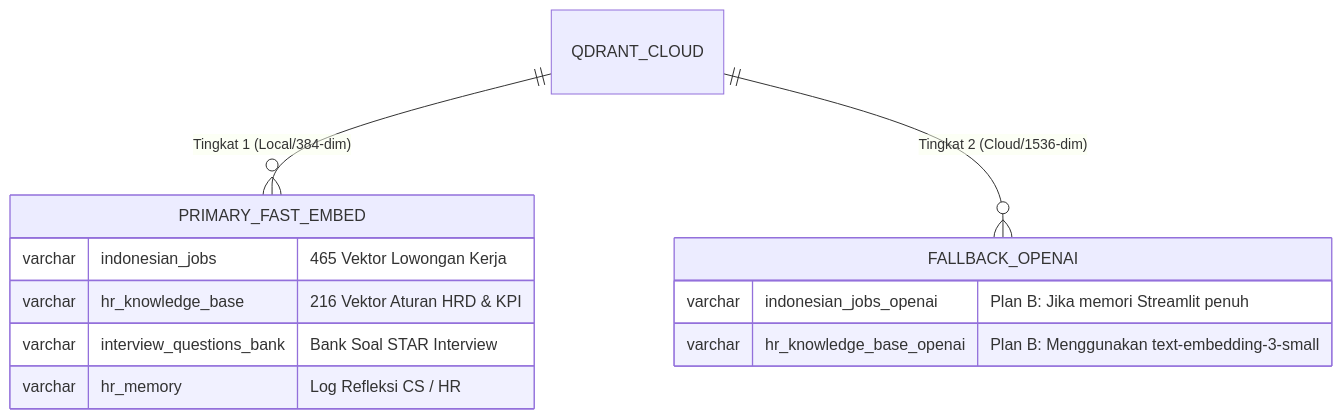
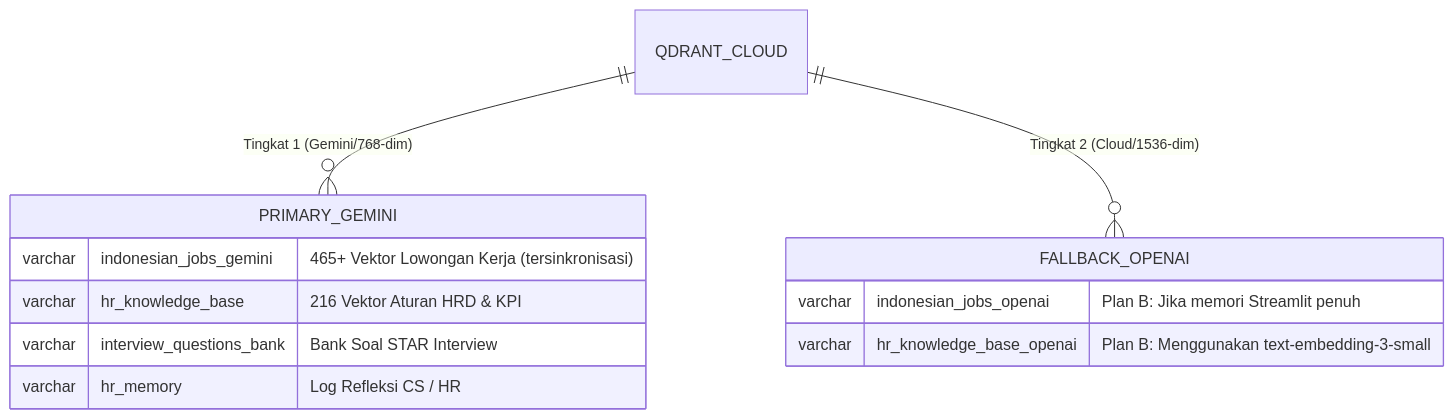
One commit to indri007/sweet-align-hub changed the second of 2 diagrams in ERD_JobMatch_AI.md. Above: the diagram before and after it, drawn with Mermaid. The commit also changed 7 other files, not shown here.

````diff
--- a/ERD_JobMatch_AI.md
+++ b/ERD_JobMatch_AI.md
@@ -73,17 +73,17 @@
 ```mermaid
 erDiagram
-    QDRANT_CLOUD ||--o{ PRIMARY_FAST_EMBED : "Tingkat 1 (Local/384-dim)"
+    QDRANT_CLOUD ||--o{ PRIMARY_GEMINI : "Tingkat 1 (Gemini/768-dim)"
     QDRANT_CLOUD ||--o{ FALLBACK_OPENAI : "Tingkat 2 (Cloud/1536-dim)"
 
-    PRIMARY_FAST_EMBED {
-        varchar indonesian_jobs "465 Vektor Lowongan Kerja"
+    PRIMARY_GEMINI {
+        varchar indonesian_jobs_gemini "465+ Vektor Lowongan Kerja (tersinkronisasi)"
         varchar hr_knowledge_base "216 Vektor Aturan HRD & KPI"
         varchar interview_questions_bank "Bank Soal STAR Interview"
         varchar hr_memory "Log Refleksi CS / HR"
     }
 
     FALLBACK_OPENAI {
         varchar indonesian_jobs_openai "Plan B: Jika memori Streamlit penuh"
         varchar hr_knowledge_base_openai "Plan B: Menggunakan text-embedding-3-small"
     }
 ```
````
